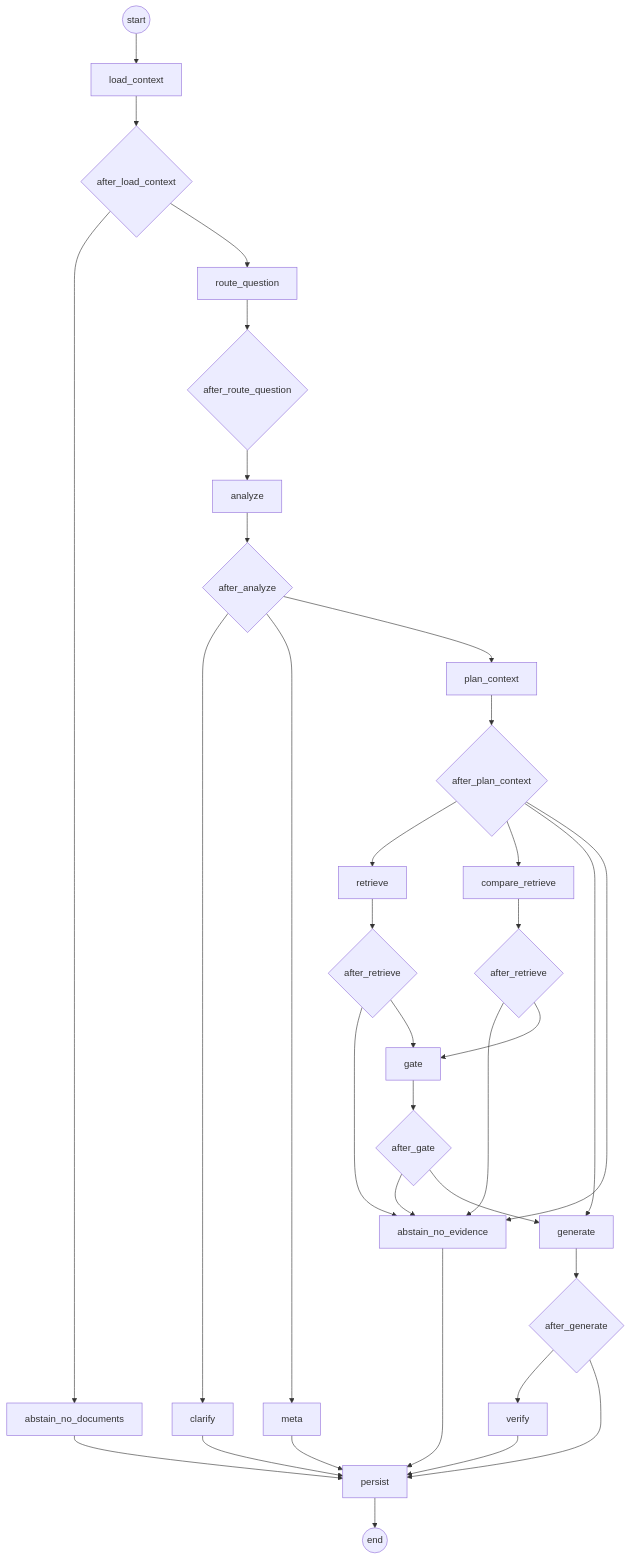
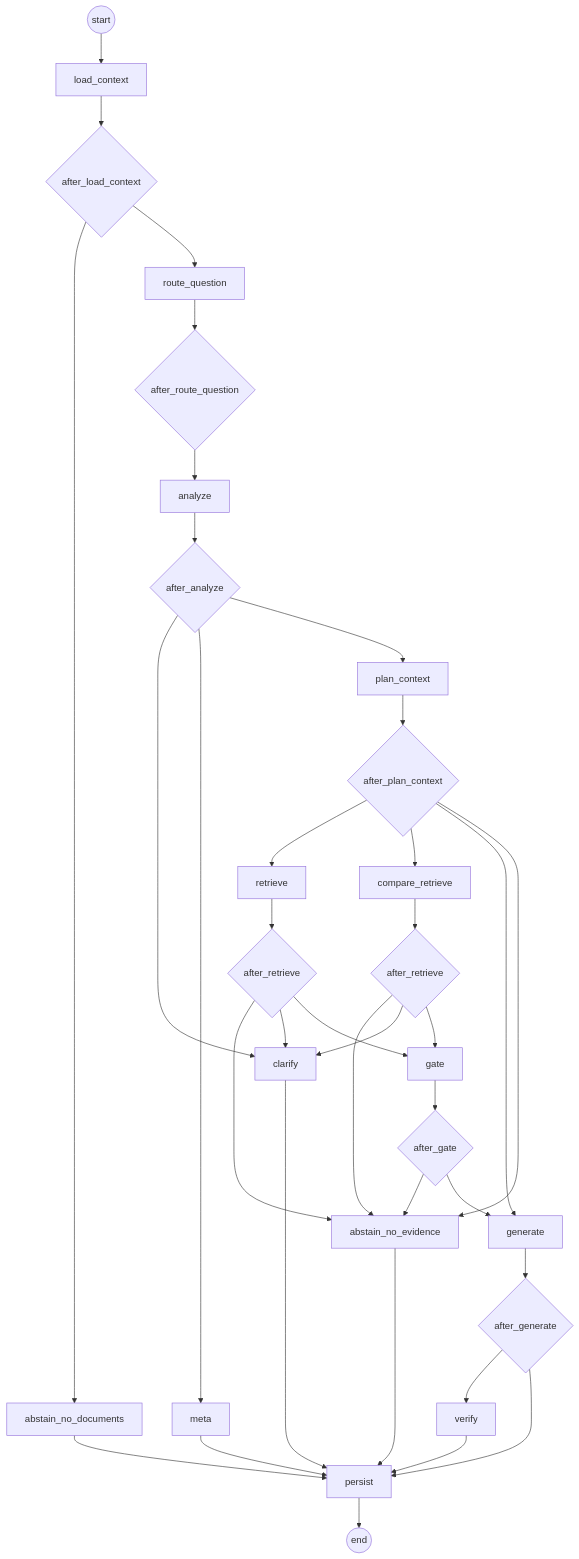
Before and after one commit to Madhav2310/Vault-System: the diagram in docs/img/chat_turn.mmd, drawn with Mermaid. The commit also changed 29 other files, not shown here.

```diff
--- a/docs/img/chat_turn.mmd
+++ b/docs/img/chat_turn.mmd
@@ -1,48 +1,50 @@
 flowchart TD
     start((start)) --> load_context
     load_context["load_context"]
     route_question["route_question"]
     analyze["analyze"]
     plan_context["plan_context"]
     retrieve["retrieve"]
     compare_retrieve["compare_retrieve"]
     gate["gate"]
     generate["generate"]
     verify["verify"]
     clarify["clarify"]
     meta["meta"]
     abstain_no_documents["abstain_no_documents"]
     abstain_no_evidence["abstain_no_evidence"]
     persist["persist"]
     load_context --> load_context__r{after_load_context}
     load_context__r --> abstain_no_documents
     load_context__r --> route_question
     route_question --> route_question__r{after_route_question}
     route_question__r --> analyze
     analyze --> analyze__r{after_analyze}
     analyze__r --> clarify
     analyze__r --> meta
     analyze__r --> plan_context
     plan_context --> plan_context__r{after_plan_context}
     plan_context__r --> retrieve
     plan_context__r --> compare_retrieve
     plan_context__r --> generate
     plan_context__r --> abstain_no_evidence
     retrieve --> retrieve__r{after_retrieve}
     retrieve__r --> abstain_no_evidence
+    retrieve__r --> clarify
     retrieve__r --> gate
     compare_retrieve --> compare_retrieve__r{after_retrieve}
     compare_retrieve__r --> abstain_no_evidence
+    compare_retrieve__r --> clarify
     compare_retrieve__r --> gate
     gate --> gate__r{after_gate}
     gate__r --> abstain_no_evidence
     gate__r --> generate
     generate --> generate__r{after_generate}
     generate__r --> verify
     generate__r --> persist
     verify --> persist
     clarify --> persist
     meta --> persist
     abstain_no_documents --> persist
     abstain_no_evidence --> persist
     persist --> end_((end))
```
